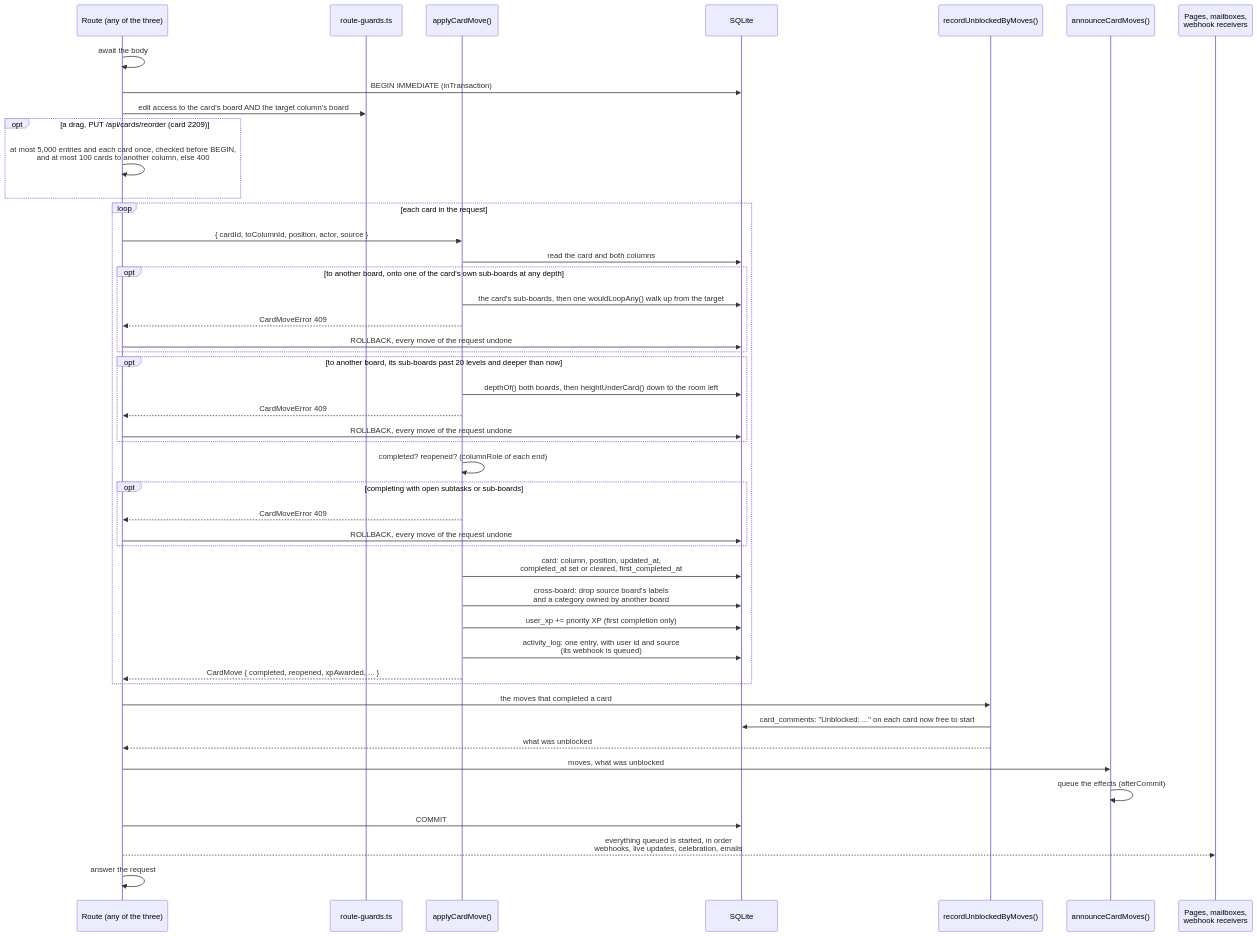
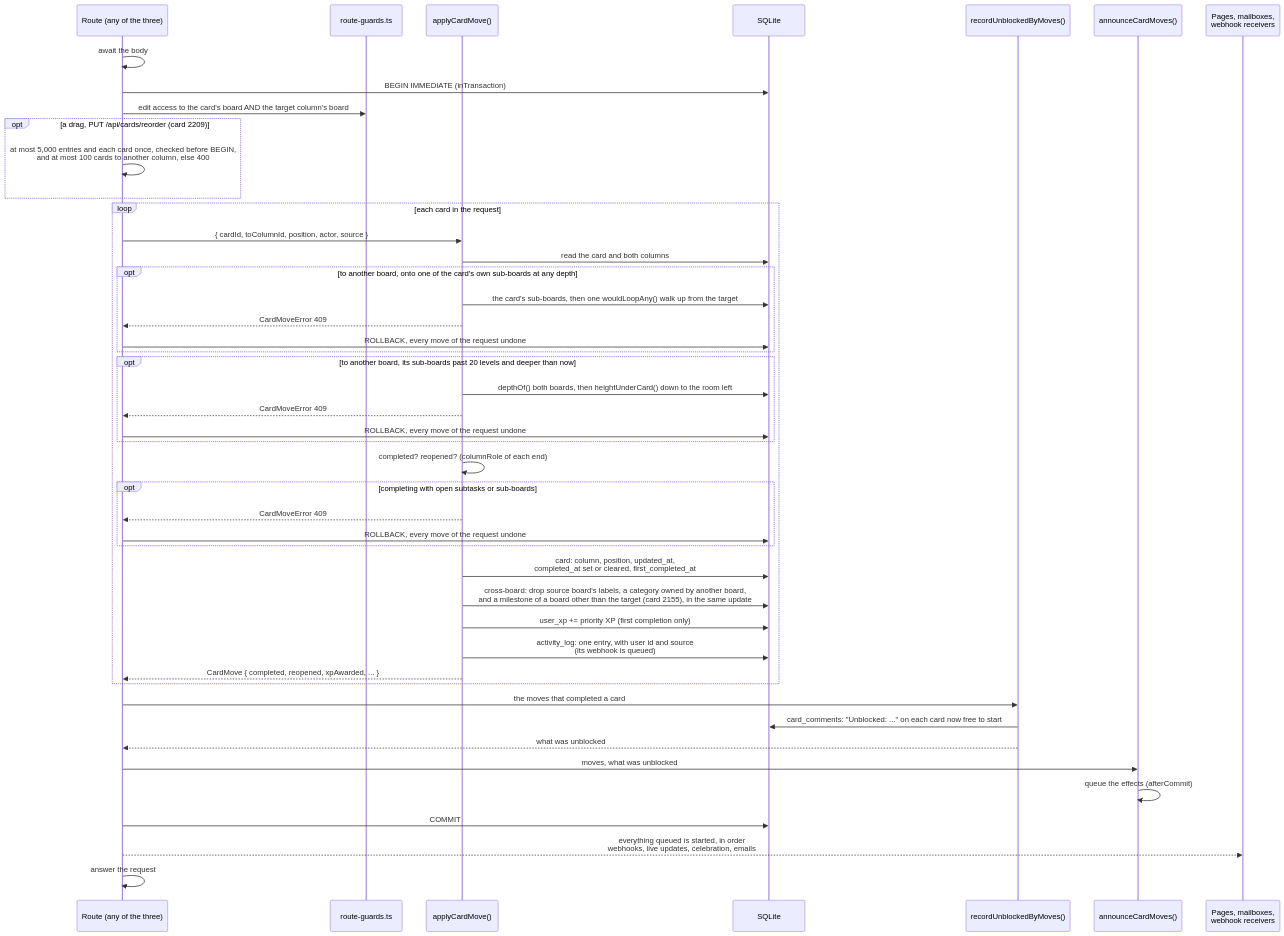
Before and after one commit to gitBoon/DumpFire: the eighth of 14 diagrams in docs/data-model.md, drawn with Mermaid. The commit also changed other lines of this file and 51 other files, not shown here.

````diff
--- a/docs/data-model.md
+++ b/docs/data-model.md
@@ -855,49 +855,49 @@
 ```mermaid
 sequenceDiagram
     participant R as Route (any of the three)
     participant G as route-guards.ts
     participant M as applyCardMove()
     participant DB as SQLite
     participant U as recordUnblockedByMoves()
     participant A as announceCardMoves()
     participant O as Pages, mailboxes,<br/>webhook receivers
 
     R->>R: await the body
     R->>DB: BEGIN IMMEDIATE (inTransaction)
     R->>G: edit access to the card's board AND the target column's board
     opt a drag, PUT /api/cards/reorder (card 2209)
         R->>R: at most 5,000 entries and each card once, checked before BEGIN,<br/>and at most 100 cards to another column, else 400
     end
     loop each card in the request
         R->>M: { cardId, toColumnId, position, actor, source }
         M->>DB: read the card and both columns
         opt to another board, onto one of the card's own sub-boards at any depth
             M->>DB: the card's sub-boards, then one wouldLoopAny() walk up from the target
             M-->>R: CardMoveError 409
             R->>DB: ROLLBACK, every move of the request undone
         end
         opt to another board, its sub-boards past 20 levels and deeper than now
             M->>DB: depthOf() both boards, then heightUnderCard() down to the room left
             M-->>R: CardMoveError 409
             R->>DB: ROLLBACK, every move of the request undone
         end
         M->>M: completed? reopened? (columnRole of each end)
         opt completing with open subtasks or sub-boards
             M-->>R: CardMoveError 409
             R->>DB: ROLLBACK, every move of the request undone
         end
         M->>DB: card: column, position, updated_at,<br/>completed_at set or cleared, first_completed_at
-        M->>DB: cross-board: drop source board's labels<br/>and a category owned by another board
+        M->>DB: cross-board: drop source board's labels, a category owned by another board,<br/>and a milestone of a board other than the target (card 2155), in the same update
         M->>DB: user_xp += priority XP (first completion only)
         M->>DB: activity_log: one entry, with user id and source<br/>(its webhook is queued)
         M-->>R: CardMove { completed, reopened, xpAwarded, ... }
     end
     R->>U: the moves that completed a card
     U->>DB: card_comments: "Unblocked: ..." on each card now free to start
     U-->>R: what was unblocked
     R->>A: moves, what was unblocked
     A->>A: queue the effects (afterCommit)
     R->>DB: COMMIT
     R-->>O: everything queued is started, in order<br/>webhooks, live updates, celebration, emails
     R->>R: answer the request
 ```
````
